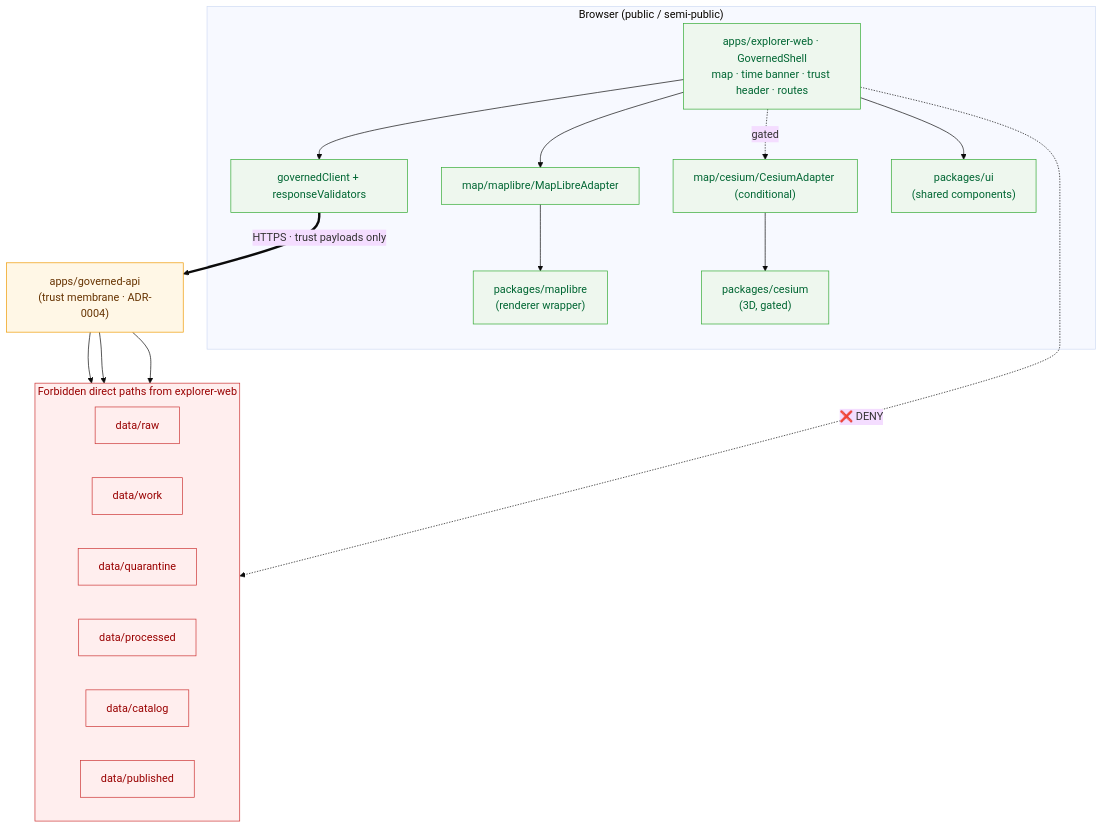
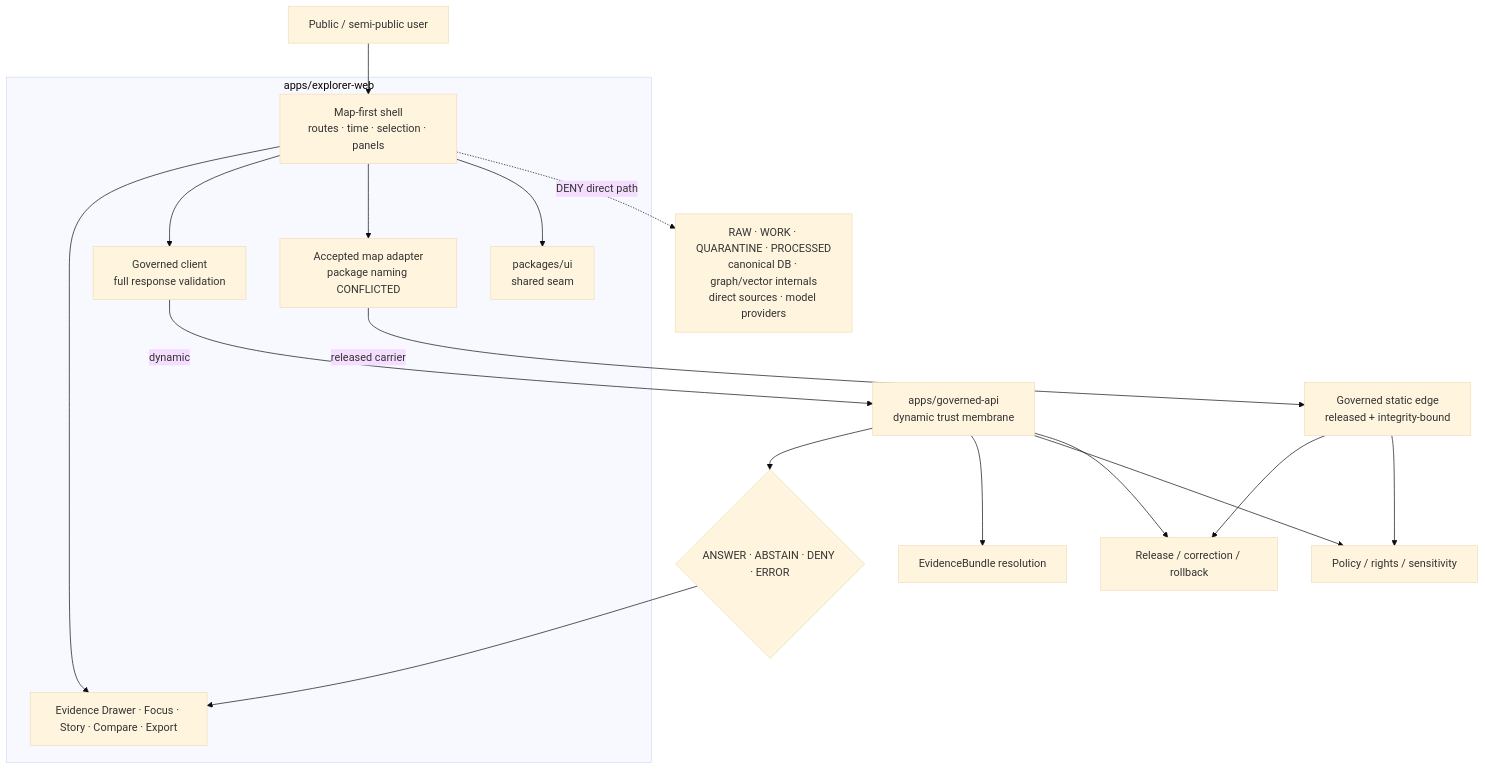
Before and after one commit to bartytime4life/Kansas-Frontier-Matrix: the diagram in docs/adr/ADR-0005-apps-explorer-web-is-the-canonical-map-first-shell.md, drawn with Mermaid (base theme). The commit also changed other lines of this file, not shown here.

Commit message:
docs(adr): modernize ADR-0005 map-first shell

````diff
--- a/docs/adr/ADR-0005-apps-explorer-web-is-the-canonical-map-first-shell.md
+++ b/docs/adr/ADR-0005-apps-explorer-web-is-the-canonical-map-first-shell.md
@@ -141,43 +238,33 @@
 ```mermaid
 flowchart TB
-  subgraph Browser["Browser (public / semi-public)"]
-    Shell["apps/explorer-web · GovernedShell<br/>map · time banner · trust header · routes"]
-    Client["governedClient + responseValidators"]
-    MLA["map/maplibre/MapLibreAdapter"]
-    CSA["map/cesium/CesiumAdapter (conditional)"]
-    UIPKG["packages/ui<br/>(shared components)"]
-    MLPKG["packages/maplibre<br/>(renderer wrapper)"]
-    CSPKG["packages/cesium<br/>(3D, gated)"]
-    Shell --> Client
-    Shell --> UIPKG
-    Shell --> MLA
-    Shell -.gated.-> CSA
-    MLA --> MLPKG
-    CSA --> CSPKG
-  end
-
-  Client ==>|HTTPS · trust payloads only| GovAPI["apps/governed-api<br/>(trust membrane · ADR-0004)"]
-
-  subgraph Forbidden["Forbidden direct paths from explorer-web"]
-    direction LR
-    Raw["data/raw"]
-    Work["data/work"]
-    Quar["data/quarantine"]
-    Proc["data/processed"]
-    Cat["data/catalog"]
-    Pub["data/published"]
-  end
-
-  Shell -.->|❌ DENY| Forbidden
-
-  GovAPI --> Proc
-  GovAPI --> Cat
-  GovAPI --> Pub
-
-  classDef forbidden fill:#fee,stroke:#c33,color:#900
-  classDef canonical fill:#eef7ee,stroke:#3a3,color:#063
-  classDef membrane fill:#fff7e6,stroke:#e90,color:#630
-  class Forbidden,Raw,Work,Quar,Proc,Cat,Pub forbidden
-  class Shell,Client,MLA,CSA,UIPKG,MLPKG,CSPKG canonical
-  class GovAPI membrane
+    USER["Public / semi-public user"]
+    subgraph BROWSER["apps/explorer-web"]
+      SHELL["Map-first shell<br/>routes · time · selection · panels"]
+      VIEW["Evidence Drawer · Focus · Story · Compare · Export"]
+      CLIENT["Governed client<br/>full response validation"]
+      ADAPTER["Accepted map adapter<br/>package naming CONFLICTED"]
+      UI["packages/ui<br/>shared seam"]
+      SHELL --> VIEW
+      SHELL --> CLIENT
+      SHELL --> ADAPTER
+      SHELL --> UI
+    end
+    API["apps/governed-api<br/>dynamic trust membrane"]
+    STATIC["Governed static edge<br/>released + integrity-bound"]
+    ENVELOPE{"ANSWER · ABSTAIN · DENY · ERROR"}
+    RELEASE["Release / correction / rollback"]
+    EVIDENCE["EvidenceBundle resolution"]
+    POLICY["Policy / rights / sensitivity"]
+    FORBIDDEN["RAW · WORK · QUARANTINE · PROCESSED<br/>canonical DB · graph/vector internals<br/>direct sources · model providers"]
+    USER --> SHELL
+    CLIENT -->|dynamic| API
+    ADAPTER -->|released carrier| STATIC
+    API --> ENVELOPE
+    API --> EVIDENCE
+    API --> POLICY
+    API --> RELEASE
+    STATIC --> RELEASE
+    STATIC --> POLICY
+    ENVELOPE --> VIEW
+    SHELL -. "DENY direct path" .-> FORBIDDEN
 ```
````
